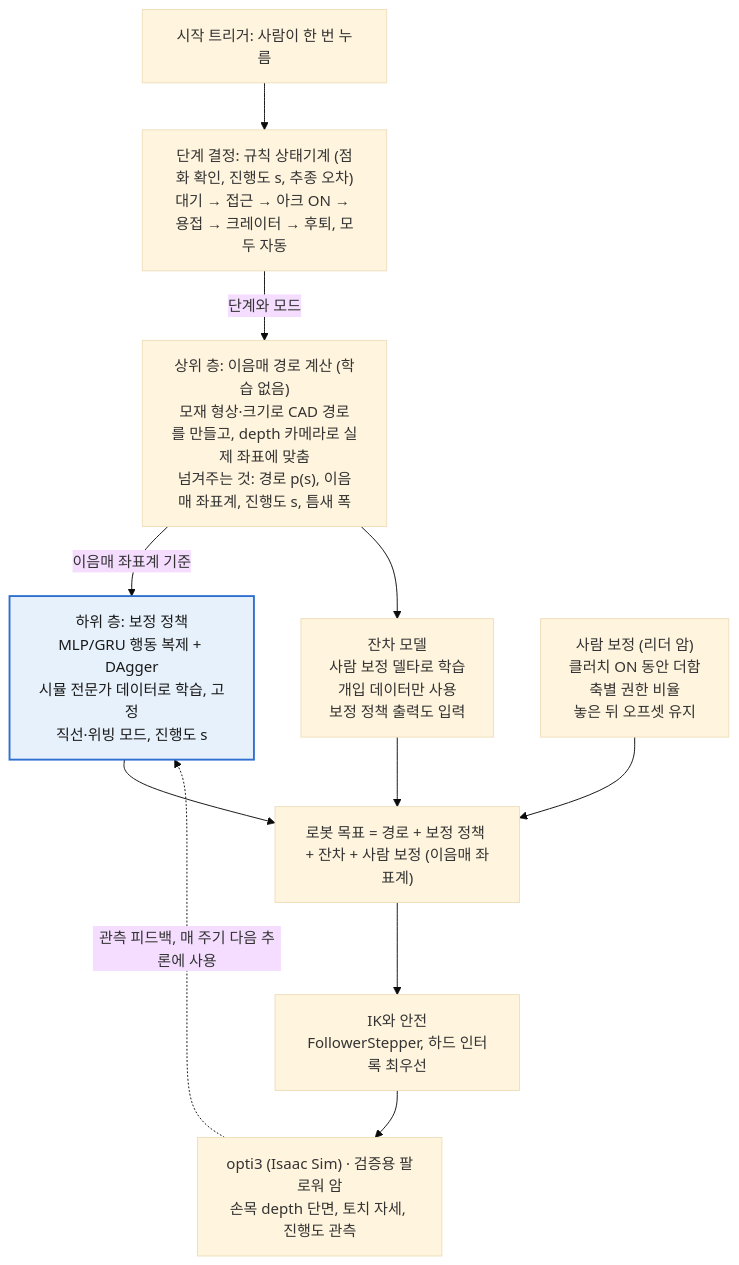
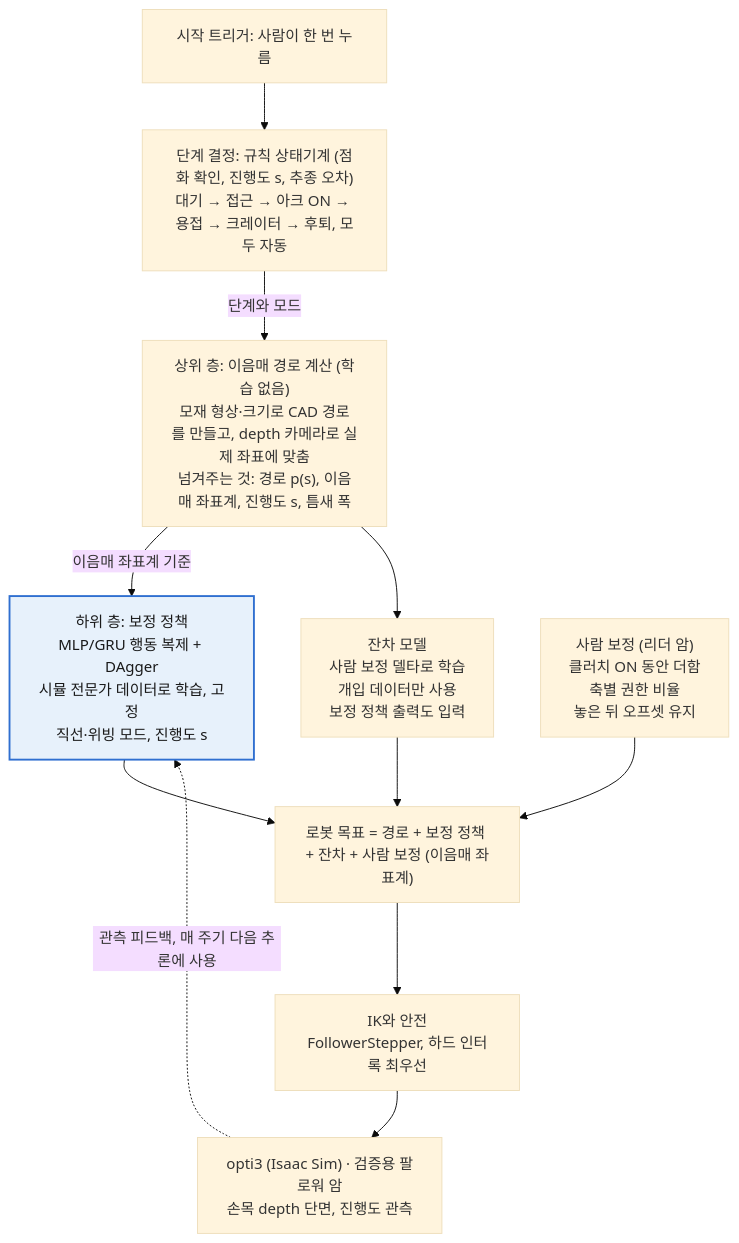
The diagram in README.md (seongbean/Welding-Robot), drawn with Mermaid (base theme) before and after one commit. The commit also changed other lines of this file and 1 other file, not shown here.

````diff
--- a/README.md
+++ b/README.md
@@ -11,16 +11,16 @@
 ```mermaid
 flowchart TD
     trigger["시작 트리거: 사람이 한 번 누름"] --> phase["단계 결정: 규칙 상태기계 (점화 확인, 진행도 s, 추종 오차)<br/>대기 → 접근 → 아크 ON → 용접 → 크레이터 → 후퇴, 모두 자동"]
     phase -->|단계와 모드| upper["상위 층: 이음매 경로 계산 (학습 없음)<br/>모재 형상·크기로 CAD 경로를 만들고, depth 카메라로 실제 좌표에 맞춤<br/>넘겨주는 것: 경로 p(s), 이음매 좌표계, 진행도 s, 틈새 폭"]
     upper -->|이음매 좌표계 기준| base["하위 층: 보정 정책<br/>MLP/GRU 행동 복제 + DAgger<br/>시뮬 전문가 데이터로 학습, 고정<br/>직선·위빙 모드, 진행도 s"]
     upper --> residual["잔차 모델<br/>사람 보정 델타로 학습<br/>개입 데이터만 사용<br/>보정 정책 출력도 입력"]
     human["사람 보정 (리더 암)<br/>클러치 ON 동안 더함<br/>축별 권한 비율<br/>놓은 뒤 오프셋 유지"]
     base --> sum["로봇 목표 = 경로 + 보정 정책 + 잔차 + 사람 보정 (이음매 좌표계)"]
     residual --> sum
     human --> sum
     sum --> ik["IK와 안전<br/>FollowerStepper, 하드 인터록 최우선"]
-    ik --> robot["opti3 (Isaac Sim) · 검증용 팔로워 암<br/>손목 depth 단면, 토치 자세, 진행도 관측"]
+    ik --> robot["opti3 (Isaac Sim) · 검증용 팔로워 암<br/>손목 depth 단면, 진행도 관측"]
     robot -. 관측 피드백, 매 주기 다음 추론에 사용 .-> base
     classDef learned fill:#e7f1fb,stroke:#2f6fd0,stroke-width:2px,color:#1a1a1a
     class base learned
 ```
````
